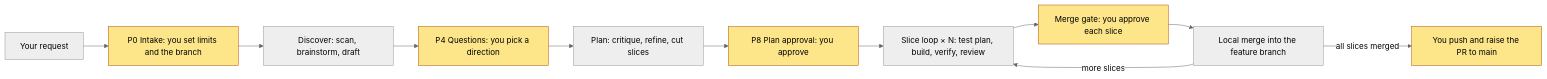
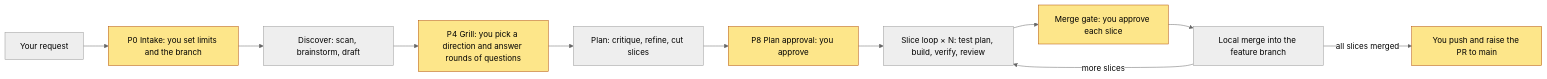
The diagram in docs/diagrams/01-hero.mmd (vineethvarghese/shipyard), drawn with Mermaid (neutral theme) before and after one commit. The commit also changed 79 other files, not shown here.

```diff
--- a/docs/diagrams/01-hero.mmd
+++ b/docs/diagrams/01-hero.mmd
@@ -1,13 +1,13 @@
 flowchart LR
     req["Your request"] --> p0["P0 Intake: you set limits and the branch"]
     p0 --> disc["Discover: scan, brainstorm, draft"]
-    disc --> p4["P4 Questions: you pick a direction"]
+    disc --> p4["P4 Grill: you pick a direction and answer rounds of questions"]
     p4 --> plan["Plan: critique, refine, cut slices"]
     plan --> p8["P8 Plan approval: you approve"]
     p8 --> loop["Slice loop × N: test plan, build, verify, review"]
     loop --> gate["Merge gate: you approve each slice"]
     gate --> merge["Local merge into the feature branch"]
     merge -->|"more slices"| loop
     merge -->|"all slices merged"| pr["You push and raise the PR to main"]
     classDef human fill:#fde68a,stroke:#b45309,color:#000000
     class p0,p4,p8,gate,pr human
```
